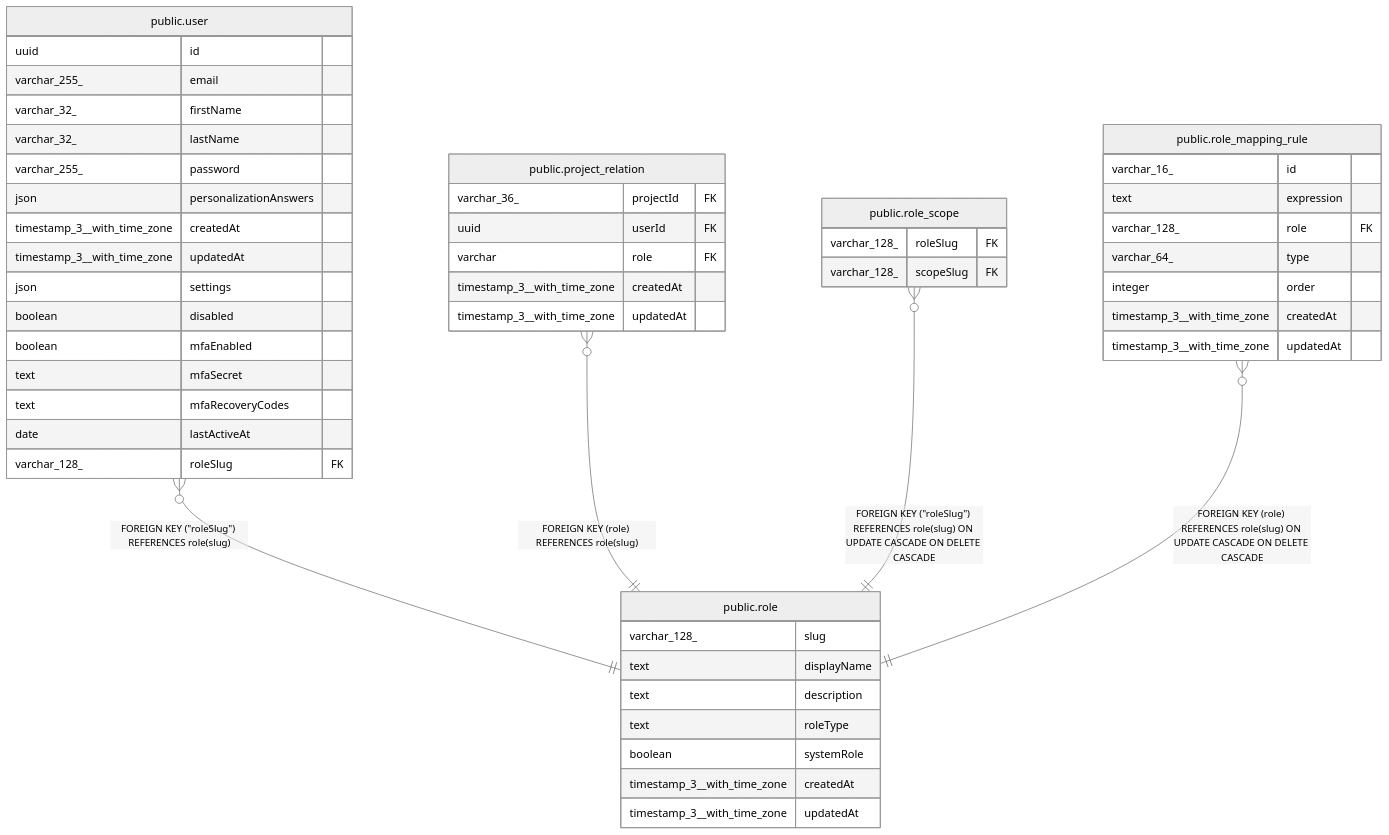
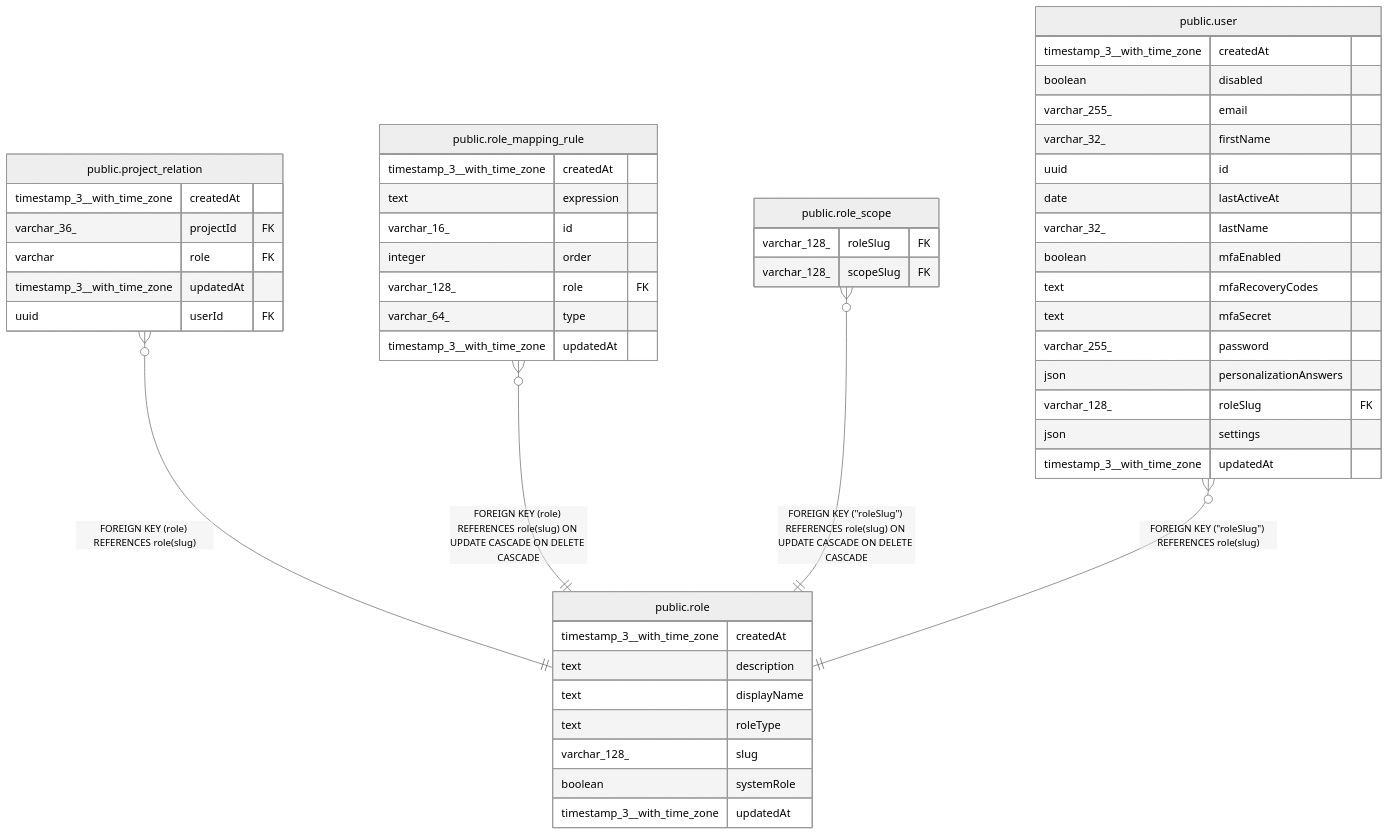
One commit to mayankjain1815-commits/n8n changed the diagram in docs/generated/postgres-schema/public.role.md. Above: the diagram before and after it, drawn with Mermaid (neutral theme). The commit also changed other lines of this file and 221 other files, not shown here.

Commit message:
chore(core): Make DB schema docs generation deterministic (#32373)

````diff
--- a/docs/generated/postgres-schema/public.role.md
+++ b/docs/generated/postgres-schema/public.role.md
@@ -34,55 +34,55 @@
 ```mermaid
 erDiagram
 
+"public.project_relation" }o--|| "public.role" : "FOREIGN KEY (role) REFERENCES role(slug)"
+"public.role_mapping_rule" }o--|| "public.role" : "FOREIGN KEY (role) REFERENCES role(slug) ON UPDATE CASCADE ON DELETE CASCADE"
+"public.role_scope" }o--|| "public.role" : "FOREIGN KEY (#quot;roleSlug#quot;) REFERENCES role(slug) ON UPDATE CASCADE ON DELETE CASCADE"
 "public.user" }o--|| "public.role" : "FOREIGN KEY (#quot;roleSlug#quot;) REFERENCES role(slug)"
-"public.project_relation" }o--|| "public.role" : "FOREIGN KEY (role) REFERENCES role(slug)"
-"public.role_scope" }o--|| "public.role" : "FOREIGN KEY (#quot;roleSlug#quot;) REFERENCES role(slug) ON UPDATE CASCADE ON DELETE CASCADE"
-"public.role_mapping_rule" }o--|| "public.role" : "FOREIGN KEY (role) REFERENCES role(slug) ON UPDATE CASCADE ON DELETE CASCADE"
 
 "public.role" {
+  timestamp_3__with_time_zone createdAt
+  text description
+  text displayName
+  text roleType
   varchar_128_ slug
-  text displayName
-  text description
-  text roleType
   boolean systemRole
-  timestamp_3__with_time_zone createdAt
   timestamp_3__with_time_zone updatedAt
 }
-"public.user" {
-  uuid id
-  varchar_255_ email
-  varchar_32_ firstName
-  varchar_32_ lastName
-  varchar_255_ password
-  json personalizationAnswers
+"public.project_relation" {
   timestamp_3__with_time_zone createdAt
+  varchar_36_ projectId FK
+  varchar role FK
   timestamp_3__with_time_zone updatedAt
-  json settings
-  boolean disabled
-  boolean mfaEnabled
-  text mfaSecret
-  text mfaRecoveryCodes
-  date lastActiveAt
-  varchar_128_ roleSlug FK
+  uuid userId FK
 }
-"public.project_relation" {
-  varchar_36_ projectId FK
-  uuid userId FK
-  varchar role FK
+"public.role_mapping_rule" {
   timestamp_3__with_time_zone createdAt
+  text expression
+  varchar_16_ id
+  integer order
+  varchar_128_ role FK
+  varchar_64_ type
   timestamp_3__with_time_zone updatedAt
 }
 "public.role_scope" {
   varchar_128_ roleSlug FK
   varchar_128_ scopeSlug FK
 }
-"public.role_mapping_rule" {
-  varchar_16_ id
-  text expression
-  varchar_128_ role FK
-  varchar_64_ type
-  integer order
+"public.user" {
   timestamp_3__with_time_zone createdAt
+  boolean disabled
+  varchar_255_ email
+  varchar_32_ firstName
+  uuid id
+  date lastActiveAt
+  varchar_32_ lastName
+  boolean mfaEnabled
+  text mfaRecoveryCodes
+  text mfaSecret
+  varchar_255_ password
+  json personalizationAnswers
+  varchar_128_ roleSlug FK
+  json settings
   timestamp_3__with_time_zone updatedAt
 }
 ```
````
